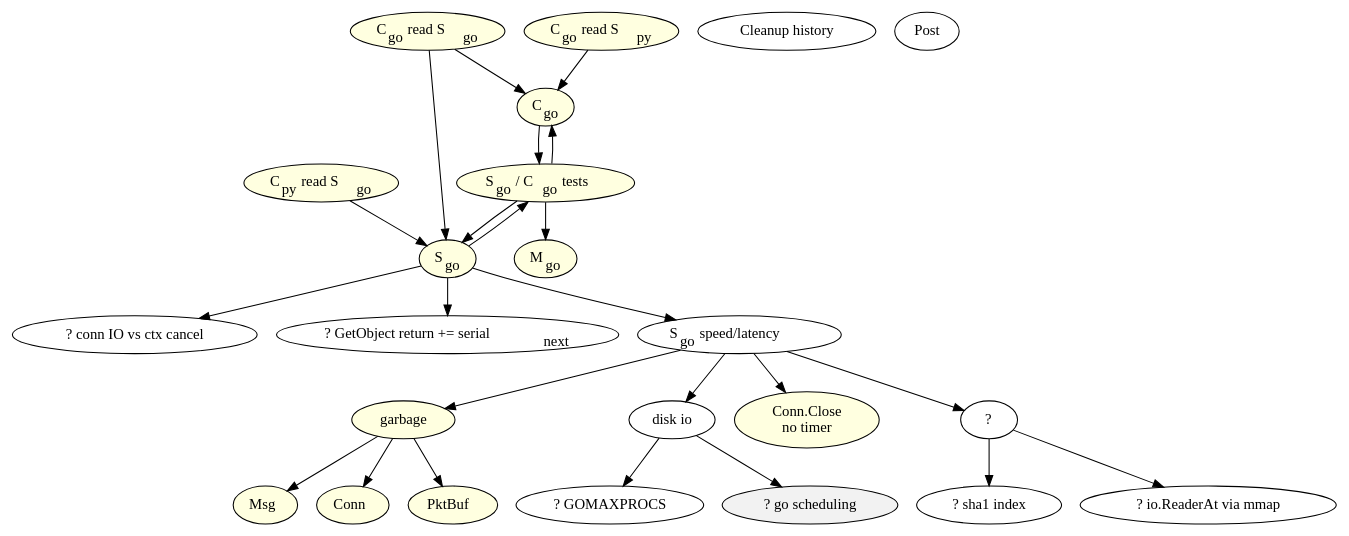
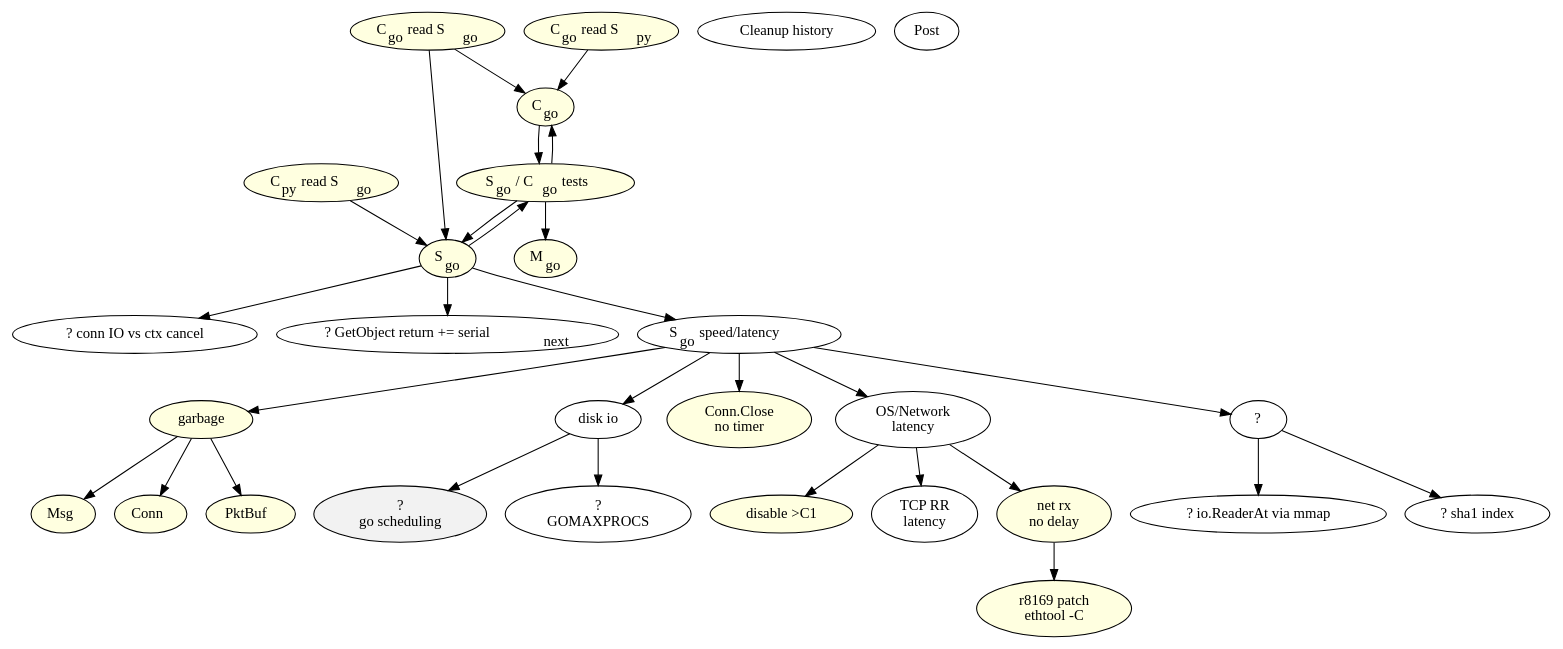
One commit to Nexedi/neoppod changed the diagram in go/todo.dot. Above: the diagram before and after it, drawn with Graphviz. The commit also changed 1 other file, not shown here.

```diff
--- a/go/todo.dot
+++ b/go/todo.dot
@@ -1,79 +1,94 @@
 digraph {
 	Cgo -> SCgo_t;
 	Sgo -> SCgo_t;
 
 	SCgo_t -> Mgo;
 	SCgo_t -> Sgo;
 	SCgo_t -> Cgo;
 
 	Sgo -> io_cancel;
 	Sgo -> load_serial_next;
 	Sgo -> Sgo_speed;
 
 	//Sgo_speed -> B_link_recv;
 	Sgo_speed -> garbage;
 	//Sgo_speed -> gosched;
 	Sgo_speed -> diskio;
 	Sgo_speed -> ConnClose_notimer;
 
+	Sgo_speed -> osnet_latency;
 	Sgo_speed -> QSgo_speed;
 
 	QSgo_speed -> Mmap_go;
 	QSgo_speed -> sha1_index;
 
 	garbage	-> pktbuf_alloc;
 	garbage -> msg_alloc;
 	garbage -> conn_alloc;
 
 	diskio	-> gosched;
 	diskio	-> GOMAXPROCS;
 
 
 	Cpy_r_Sgo -> Sgo;
 	//Cpy_r_Sgo -> Protog_fix;
 	//Cpy_r_Sgo -> Cpy_patch;
 	//Cpy_r_Sgo -> Mpy_vs_Sgo;
 
 	Cgo_r_Sgo -> Cgo;
 	Cgo_r_Sgo -> Sgo;		
 
 	Cgo_r_Spy -> Cgo;
 	//Cgo_r_Spy -> Protog_fix;
 
 
 	Cgo		[label=<C<sub>go</sub>> style=filled fillcolor=lightyellow];
 	Sgo		[label=<S<sub>go</sub>> style=filled fillcolor=lightyellow];
 	Mgo		[label=<M<sub>go</sub>> style=filled fillcolor=lightyellow];
 	SCgo_t		[label=<S<sub>go</sub>  / C<sub>go</sub>  tests> style=filled fillcolor=lightyellow];
 	Sgo_speed	[label=<S<sub>go</sub>  speed/latency>];
 	Cpy_r_Sgo	[label=<C<sub>py</sub>  read S<sub>go</sub>> style=filled fillcolor=lightyellow];
 	Cgo_r_Sgo	[label=<C<sub>go</sub>  read S<sub>go</sub>> style=filled fillcolor=lightyellow];
 	Cgo_r_Spy	[label=<C<sub>go</sub>  read S<sub>py</sub>> style=filled fillcolor=lightyellow];
 	Cleanup		[label="Cleanup history"];
 	Post		[label="Post"];
 	//Cpy_patch	[label=<py patch: ConnID py=go> style=filled fillcolor=lightyellow];	// C<sub>py</sub>  patch for ConnID interop. with S<sub>go</sub>>];
 	Mmap_go		[label="? io.ReaderAt via mmap"];
 	//Protog_fix	[label="proto(go/py) compat fix" style=filled fillcolor=lightyellow];
 	//Mpy_vs_Sgo	[label=<M<sub>py</sub> vs S<sub>go</sub>: try/fix> style=filled fillcolor=lightyellow];
 
 	io_cancel		[label="? conn IO vs ctx cancel"];
 	load_serial_next	[label=<? GetObject return += serial<sub>next</sub>>];
 
 	sha1_index	[label="? sha1 index"];
 	//B_link_recv	[label="Bench link.Recv1/Ask1" style=filled fillcolor=lightyellow];
 	garbage		[label="garbage" style=filled fillcolor=lightyellow];
-	gosched		[label="? go scheduling" style=filled fillcolor=grey95];
+	gosched		[label="?\ngo scheduling" style=filled fillcolor=grey95];
 
 	//Cgo -> Cgo_tasks;
 	//Cgo_tasks	[label="- talkMaster\n- update nodeTab/partTab\n- dial S on demand\n..." style=filled fillcolor=lightyellow];
 
 	QSgo_speed	[label=<?>];
 
 	pktbuf_alloc	[label=<PktBuf> style=filled fillcolor=lightyellow];
 	msg_alloc	[label=<Msg>	style=filled fillcolor=lightyellow];
 	conn_alloc	[label=<Conn>	style=filled fillcolor=lightyellow];
 
 	ConnClose_notimer	[label="Conn.Close\nno timer" style=filled fillcolor=lightyellow];
 	diskio		[label="disk io"];
-	GOMAXPROCS	[label="? GOMAXPROCS"];
+	GOMAXPROCS	[label="?\nGOMAXPROCS"];
+
+
+	osnet_latency	-> rx_no_delay;
+	osnet_latency	-> nocstates;
+	osnet_latency	-> tcp_latency;
+
+	rx_no_delay	-> rtl_patch;
+
+	osnet_latency	[label="OS/Network\nlatency"];
+	rx_no_delay	[label="net rx\nno delay" style=filled fillcolor=lightyellow];
+	nocstates	[label="disable >C1" style=filled fillcolor=lightyellow];
+	tcp_latency	[label="TCP RR\nlatency"];
+
+	rtl_patch	[label="r8169 patch\nethtool -C" style=filled fillcolor=lightyellow];
 }
```
